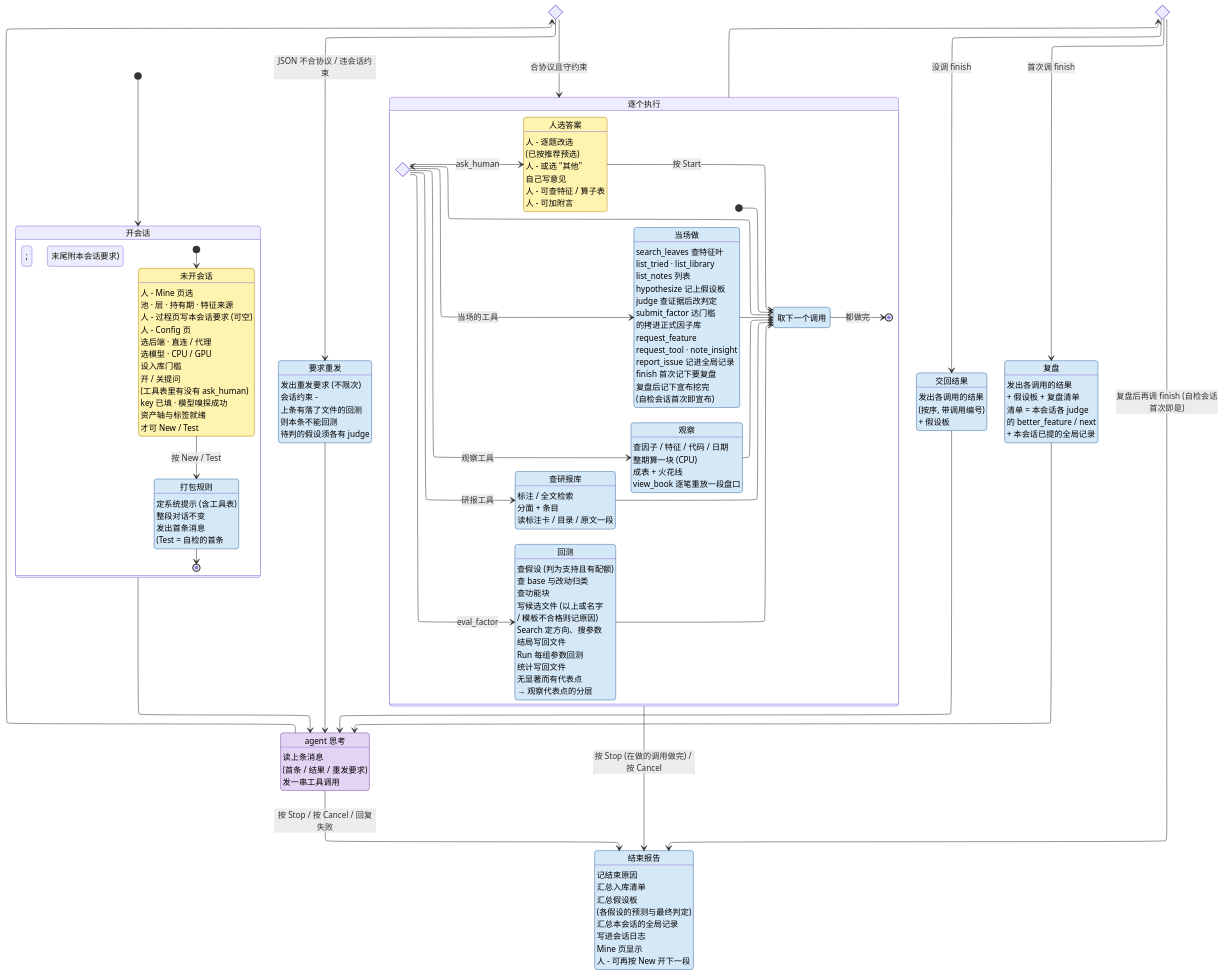
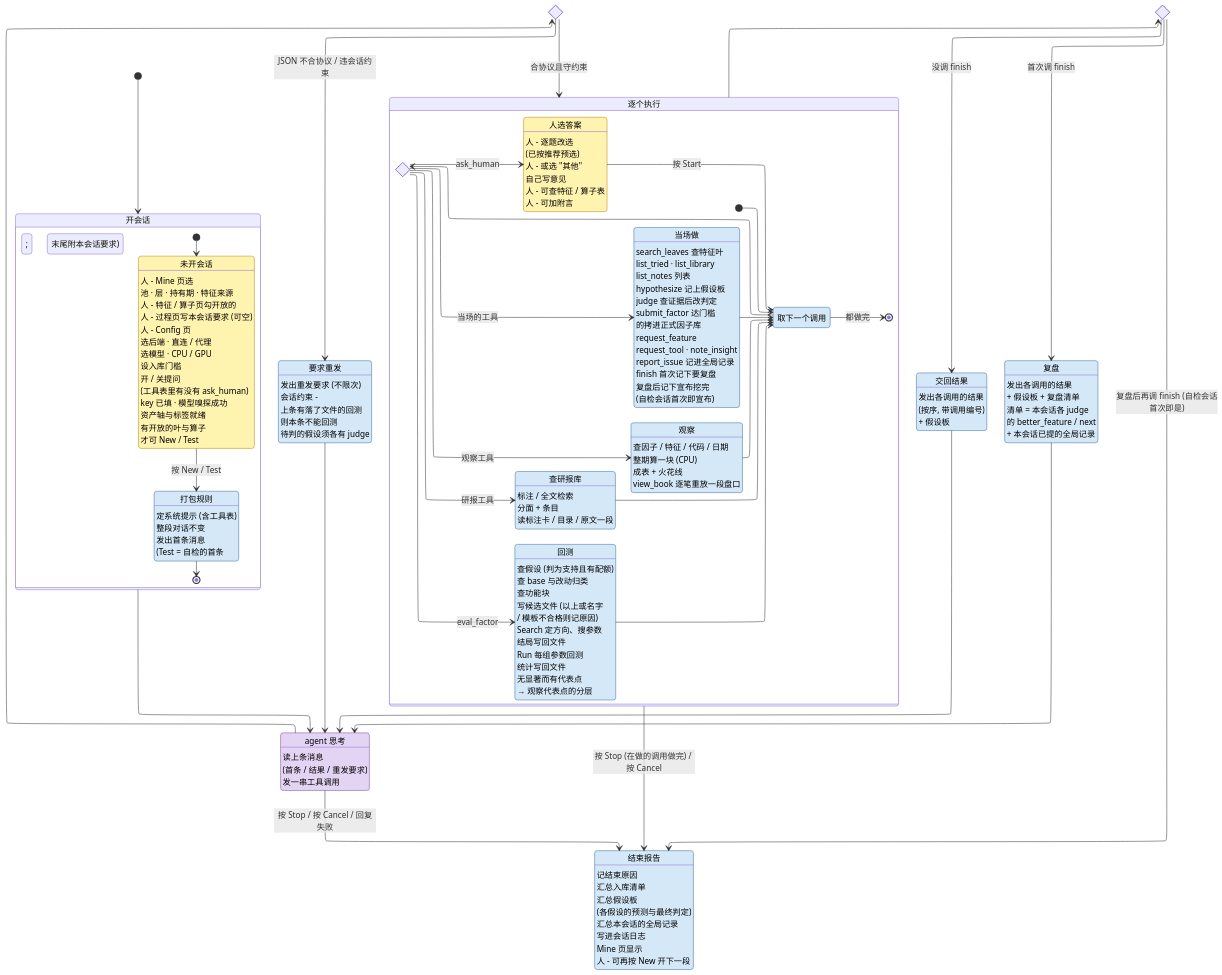
The diagram in AGENT.md (CoCoMilkyWay/stk), drawn with Mermaid before and after one commit. The commit also changed other lines of this file and 11 other files, not shown here.

```diff
--- a/AGENT.md
+++ b/AGENT.md
@@ -57,6 +58,7 @@
         state "未开会话" as None
         None : 人 - Mine 页选
         None : 池 · 层 · 持有期 · 特征来源
+        None : 人 - 特征 / 算子页勾开放的
         None : 人 - 过程页写本会话要求 (可空)
         None : 人 - Config 页
         None : 选后端 · 直连 / 代理
@@ -66,6 +68,7 @@
         None : (工具表里有没有 ask_human)
         None : key 已填 · 模型嗅探成功
         None : 资产轴与标签就绪
+        None : 有开放的叶与算子
         None : 才可 New / Test
         state "打包规则" as Pack
         Pack : 定系统提示 (含工具表)
```
